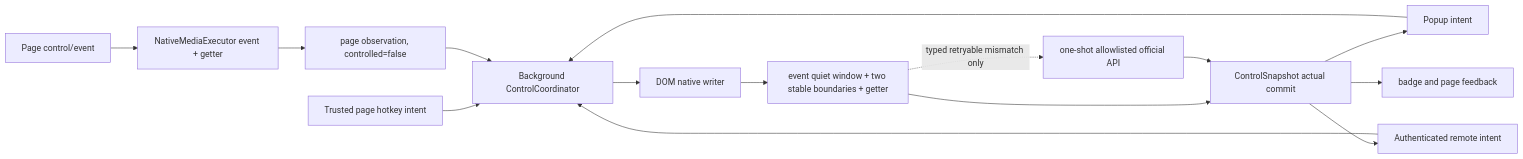
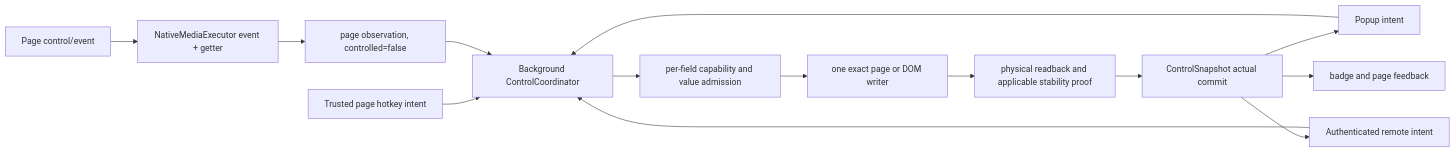
One commit to QzCrane/nexus changed the diagram in nexus/apps/extension-spectra/docs/control/01-foundations.md. Above: the diagram before and after it, drawn with Mermaid. The commit also changed other lines of this file and 14 other files, not shown here.

Commit message:
fix(spectra): close spa media selection and document state flows

````diff
--- a/nexus/apps/extension-spectra/docs/control/01-foundations.md
+++ b/nexus/apps/extension-spectra/docs/control/01-foundations.md
@@ -26,17 +26,16 @@
 ```mermaid
 flowchart LR
   Page["Page control/event"] --> Native["NativeMediaExecutor event + getter"]
   Popup["Popup intent"] --> Coordinator["Background ControlCoordinator"]
   Remote["Authenticated remote intent"] --> Coordinator
   Hotkey["Trusted page hotkey intent"] --> Coordinator
   Native --> Observation["page observation, controlled=false"]
   Observation --> Coordinator
-  Coordinator --> DOM["DOM native writer"]
-  DOM --> Stable["event quiet window + two stable boundaries + getter"]
-  Stable -. "typed retryable mismatch only" .-> Site["one-shot allowlisted official API"]
+  Coordinator --> Admission["per-field capability and value admission"]
+  Admission --> Writer["one exact page or DOM writer"]
+  Writer --> Stable["physical readback and applicable stability proof"]
   Stable --> Snapshot["ControlSnapshot actual commit"]
-  Site --> Snapshot
   Snapshot --> Popup
   Snapshot --> Remote
   Snapshot --> Badge["badge and page feedback"]
 ```
````
